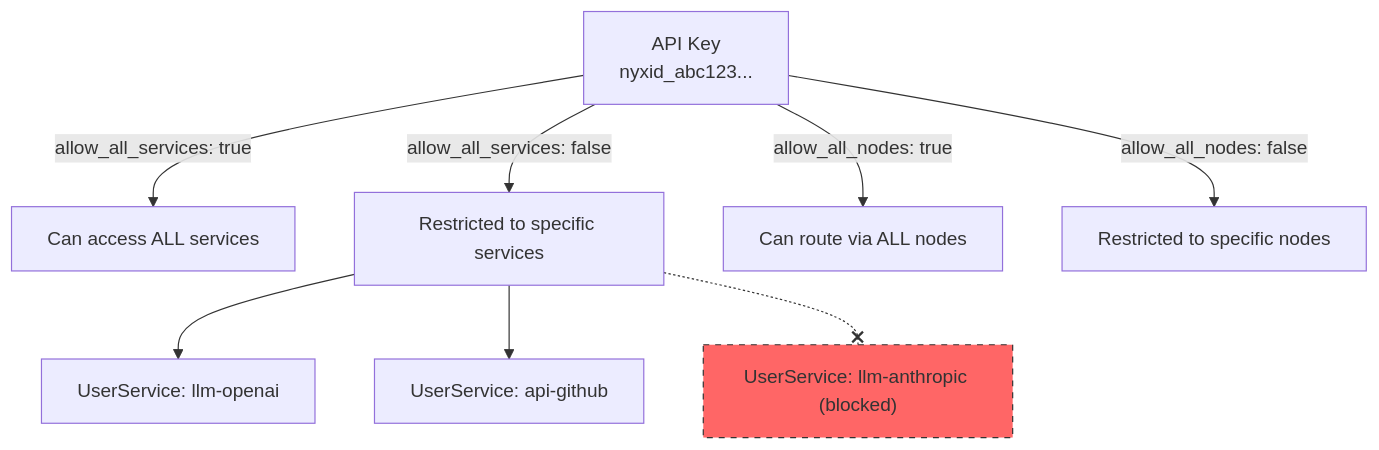
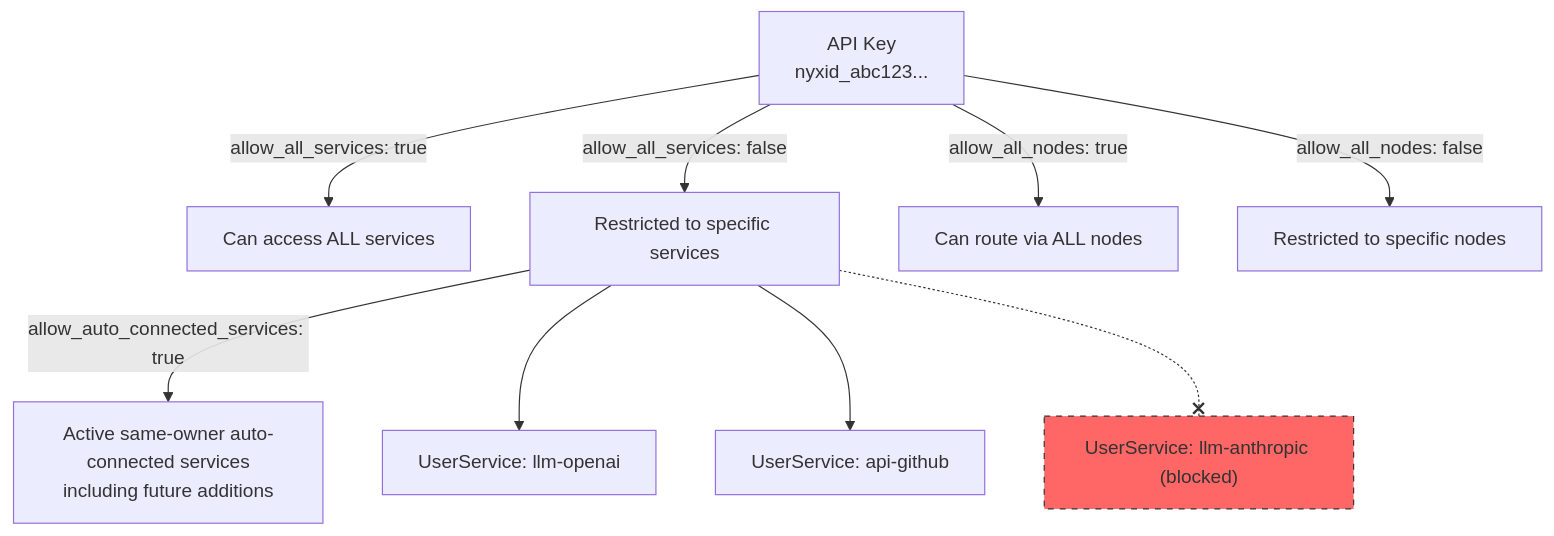
One commit to ChronoAIProject/NyxID changed the sixth of 8 diagrams in docs/AI_SERVICES_ARCHITECTURE.md. Above: the diagram before and after it, drawn with Mermaid. The commit also changed other lines of this file and 104 other files, not shown here.

````diff
--- a/docs/AI_SERVICES_ARCHITECTURE.md
+++ b/docs/AI_SERVICES_ARCHITECTURE.md
@@ -371,16 +372,17 @@
 ```mermaid
 graph TB
     AK["API Key<br/>nyxid_abc123..."]
 
     AK -->|"allow_all_services: true"| ALL["Can access ALL services"]
     AK -->|"allow_all_services: false"| SCOPED["Restricted to specific services"]
 
+    SCOPED -->|"allow_auto_connected_services: true"| PLATFORM["Active same-owner auto-connected services<br/>including future additions"]
     SCOPED --> S1["UserService: llm-openai"]
     SCOPED --> S2["UserService: api-github"]
     SCOPED -.-x S3["UserService: llm-anthropic (blocked)"]
 
     AK -->|"allow_all_nodes: true"| ALL_N["Can route via ALL nodes"]
     AK -->|"allow_all_nodes: false"| SCOPED_N["Restricted to specific nodes"]
 
     style S3 fill:#f66,stroke:#333,stroke-dasharray: 5
 ```
````
